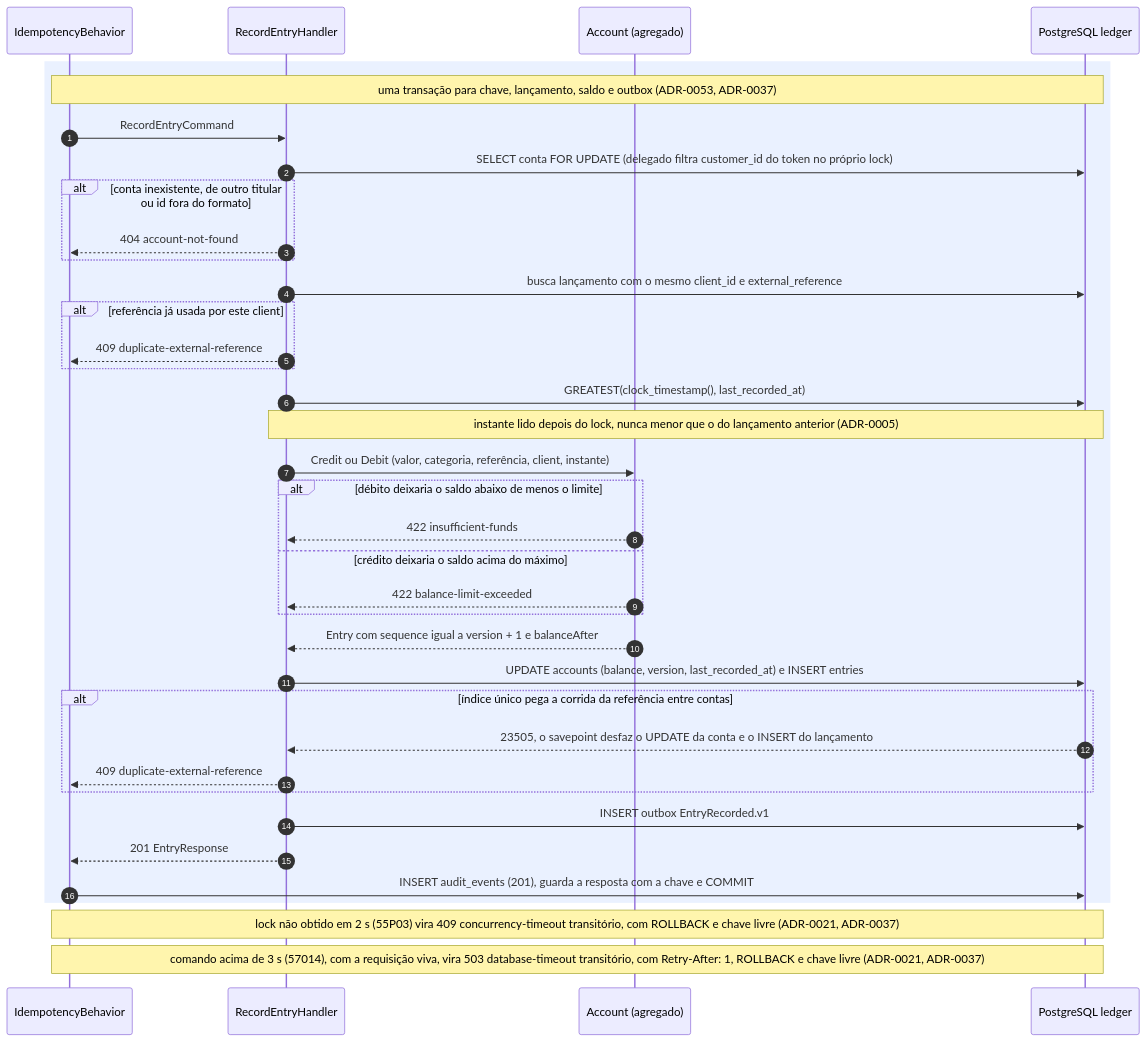
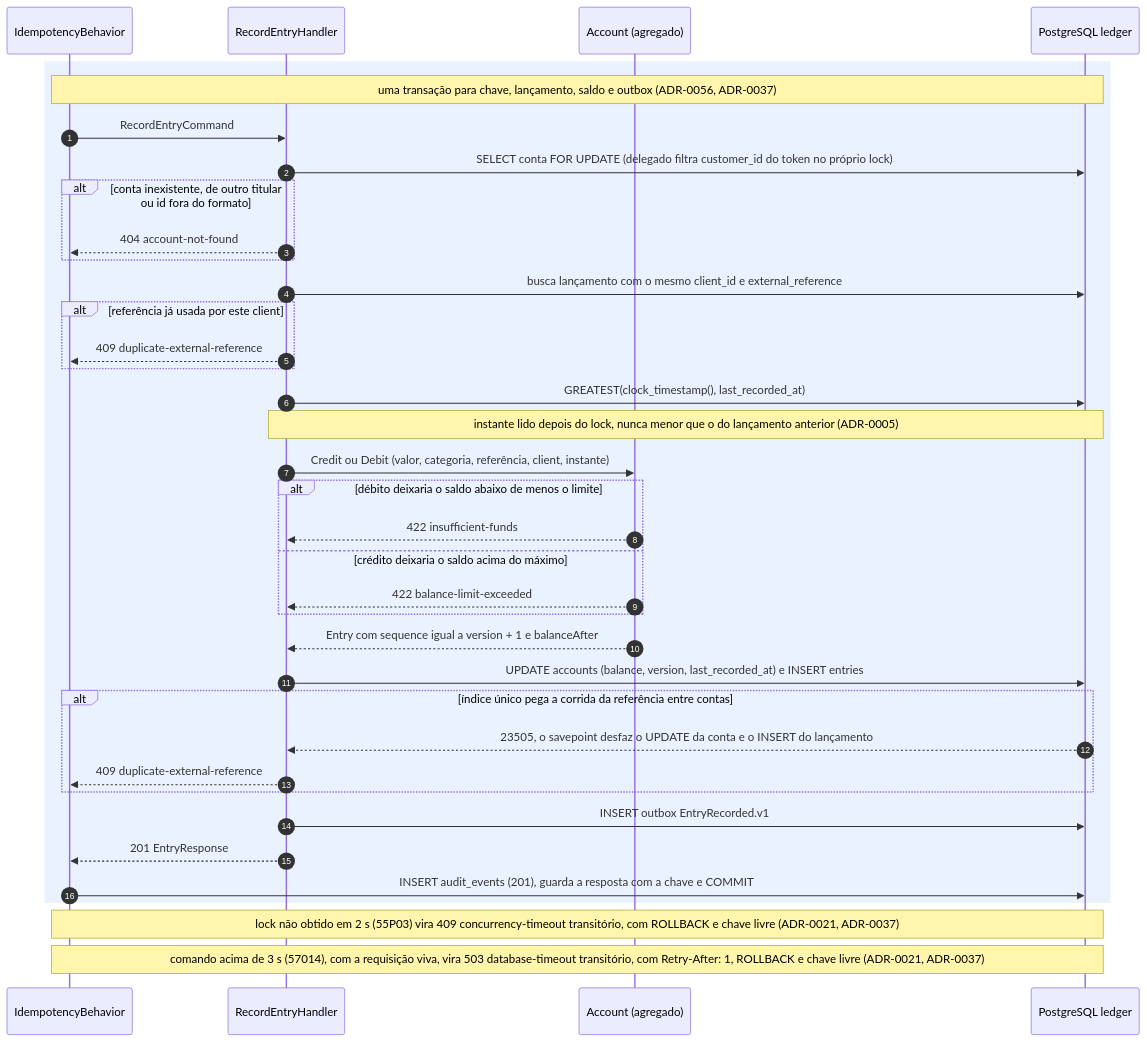
One commit to arthuurw/desafio-arquiteto-keyrus changed the first of 8 diagrams in docs/arquitetura/fluxos-ledger.md. Above: the diagram before and after it, drawn with Mermaid. The commit also changed other lines of this file and 36 other files, not shown here.

````diff
--- a/docs/arquitetura/fluxos-ledger.md
+++ b/docs/arquitetura/fluxos-ledger.md
@@ -17,40 +17,40 @@
 ```mermaid
 sequenceDiagram
   autonumber
   participant B as IdempotencyBehavior
   participant H as RecordEntryHandler
   participant A as Account (agregado)
   participant DB as PostgreSQL ledger
 
   rect rgba(80, 140, 255, 0.12)
-    Note over B,DB: uma transação para chave, lançamento, saldo e outbox (ADR-0053, ADR-0037)
+    Note over B,DB: uma transação para chave, lançamento, saldo e outbox (ADR-0056, ADR-0037)
     B->>H: RecordEntryCommand
     H->>DB: SELECT conta FOR UPDATE (delegado filtra customer_id do token no próprio lock)
     alt conta inexistente, de outro titular ou id fora do formato
       H-->>B: 404 account-not-found
     end
     H->>DB: busca lançamento com o mesmo client_id e external_reference
     alt referência já usada por este client
       H-->>B: 409 duplicate-external-reference
     end
     H->>DB: GREATEST(clock_timestamp(), last_recorded_at)
     Note over H,DB: instante lido depois do lock, nunca menor que o do lançamento anterior (ADR-0005)
     H->>A: Credit ou Debit (valor, categoria, referência, client, instante)
     alt débito deixaria o saldo abaixo de menos o limite
       A-->>H: 422 insufficient-funds
     else crédito deixaria o saldo acima do máximo
       A-->>H: 422 balance-limit-exceeded
     end
     A-->>H: Entry com sequence igual a version + 1 e balanceAfter
     H->>DB: UPDATE accounts (balance, version, last_recorded_at) e INSERT entries
     alt índice único pega a corrida da referência entre contas
       DB-->>H: 23505, o savepoint desfaz o UPDATE da conta e o INSERT do lançamento
       H-->>B: 409 duplicate-external-reference
     end
     H->>DB: INSERT outbox EntryRecorded.v1
     H-->>B: 201 EntryResponse
     B->>DB: INSERT audit_events (201), guarda a resposta com a chave e COMMIT
   end
   Note over B,DB: lock não obtido em 2 s (55P03) vira 409 concurrency-timeout transitório, com ROLLBACK e chave livre (ADR-0021, ADR-0037)
   Note over B,DB: comando acima de 3 s (57014), com a requisição viva, vira 503 database-timeout transitório, com Retry-After: 1, ROLLBACK e chave livre (ADR-0021, ADR-0037)
 ```
````
